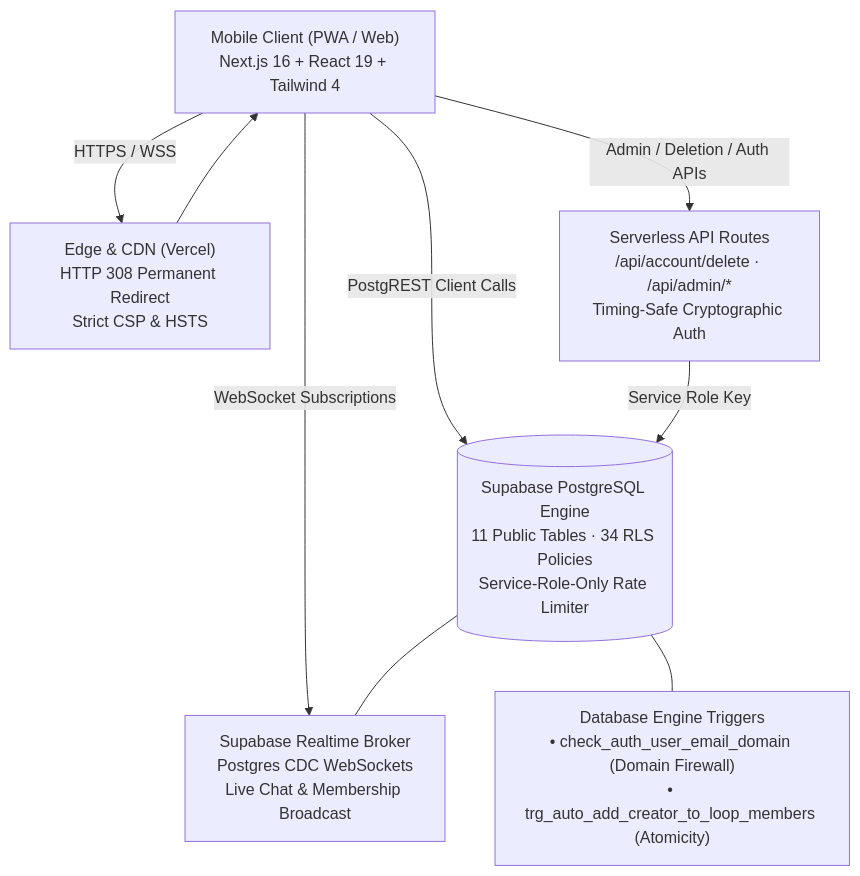
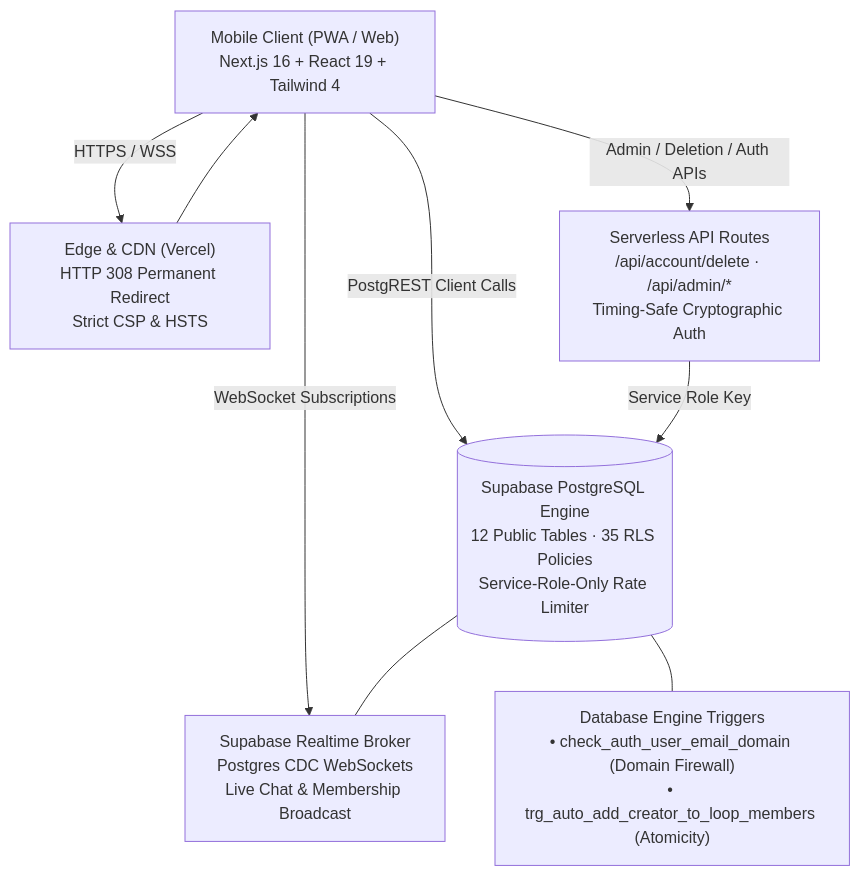
The diagram in Loop-App-2-codebase/README.md (sanjaykamal2006/Loop), drawn with Mermaid before and after one commit. The commit also changed other lines of this file and 36 other files, not shown here.

````diff
--- a/Loop-App-2-codebase/README.md
+++ b/Loop-App-2-codebase/README.md
@@ -31,18 +32,18 @@
 ```mermaid
 flowchart TD
     Client["Mobile Client (PWA / Web)\nNext.js 16 + React 19 + Tailwind 4"]
     Edge["Edge & CDN (Vercel)\nHTTP 308 Permanent Redirect\nStrict CSP & HSTS"]
     API["Serverless API Routes\n/api/account/delete · /api/admin/*\nTiming-Safe Cryptographic Auth"]
-    DB[("Supabase PostgreSQL Engine\n11 Public Tables · 34 RLS Policies\nService-Role-Only Rate Limiter")]
+    DB[("Supabase PostgreSQL Engine\n12 Public Tables · 35 RLS Policies\nService-Role-Only Rate Limiter")]
     RT["Supabase Realtime Broker\nPostgres CDC WebSockets\nLive Chat & Membership Broadcast"]
     Trig["Database Engine Triggers\n• check_auth_user_email_domain (Domain Firewall)\n• trg_auto_add_creator_to_loop_members (Atomicity)"]
 
     Client -->|HTTPS / WSS| Edge
     Edge --> Client
     Client -->|WebSocket Subscriptions| RT
     Client -->|PostgREST Client Calls| DB
     Client -->|Admin / Deletion / Auth APIs| API
     API -->|Service Role Key| DB
     DB --- Trig
     DB --- RT
 ```
````
